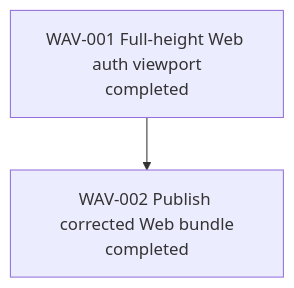
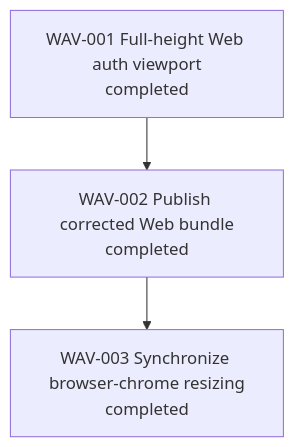
One commit to allenljf/algorithm-learning changed the first of 11 diagrams in agent-workflow/WORK_GRAPH.md. Above: the diagram before and after it, drawn with Mermaid. The commit also changed 7 other files, not shown here.

````diff
--- a/agent-workflow/WORK_GRAPH.md
+++ b/agent-workflow/WORK_GRAPH.md
@@ -5,7 +5,9 @@
 ```mermaid
 flowchart TD
   W1[WAV-001 Full-height Web auth viewport\ncompleted]
   W2[WAV-002 Publish corrected Web bundle\ncompleted]
+  W3[WAV-003 Synchronize browser-chrome resizing\ncompleted]
 
   W1 --> W2
+  W2 --> W3
 ```
````
